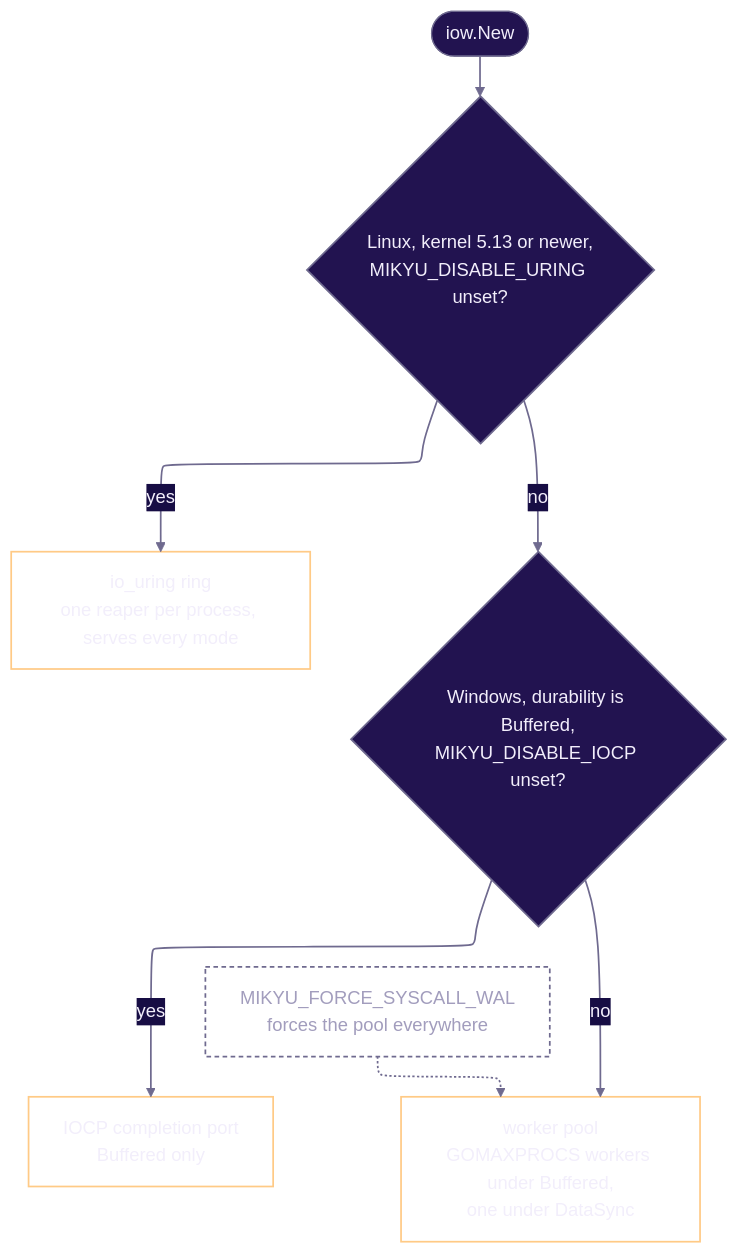
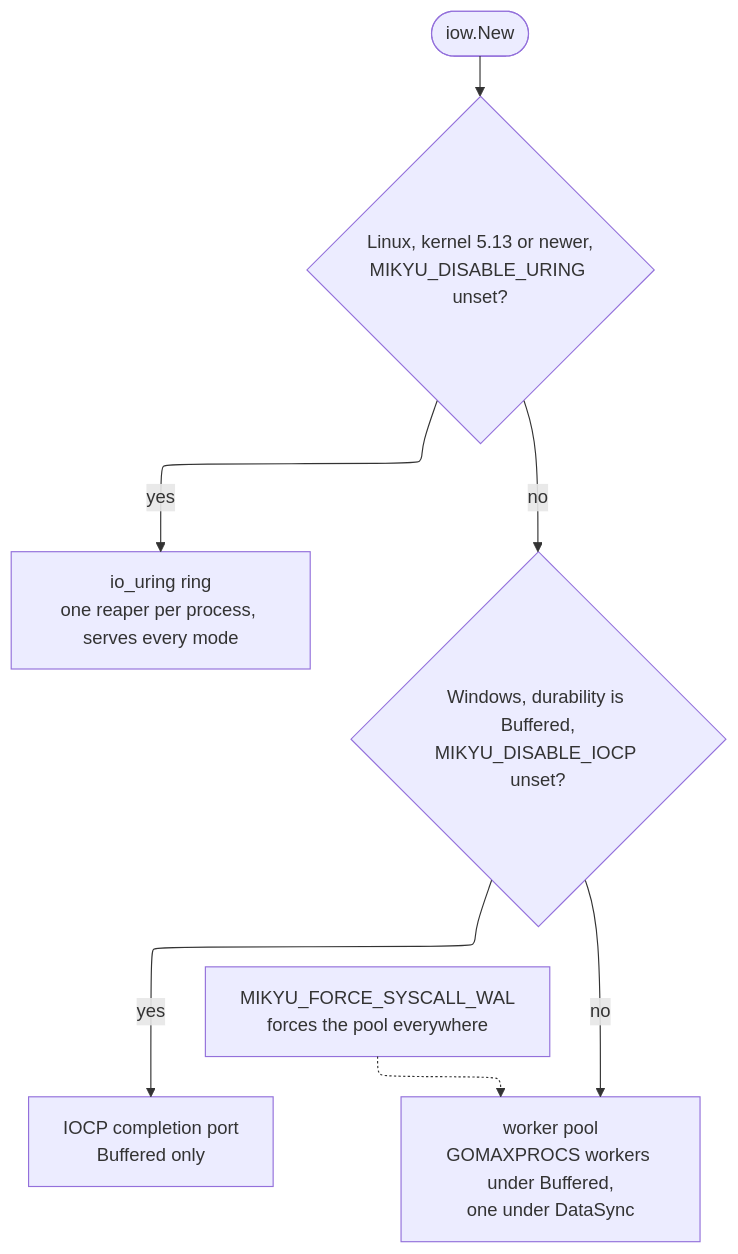
Diagram 11 of 15 in ARCHITECTURE.md (dmunish/mikyu), drawn with Mermaid before and after one commit. The commit also changed other lines of this file, not shown here.

Commit message:
[docs] ARCHITECTURE: remove theming

````diff
--- a/ARCHITECTURE.md
+++ b/ARCHITECTURE.md
@@ -626,35 +479,16 @@
 ```mermaid
 ---
 config:
   layout: elk
-  theme: base
   themeVariables:
-    background: "#170d44"
-    primaryColor: "#221350"
-    primaryBorderColor: "#6f6a8f"
-    primaryTextColor: "#f2eefb"
-    lineColor: "#6f6a8f"
-    textColor: "#a29dbd"
-    clusterBkg: "#170d44"
-    clusterBorder: "#3b2a5e"
-    edgeLabelBackground: "#170d44"
-    titleColor: "#f2eefb"
     fontFamily: "IBM Plex Mono, monospace"
 ---
 flowchart TD
     START(["iow.New"]) --> Q1{"Linux, kernel 5.13 or newer,<br/>MIKYU_DISABLE_URING unset?"}
     Q1 -->|yes| RING["io_uring ring<br/>one reaper per process, serves every mode"]
     Q1 -->|no| Q2{"Windows, durability is Buffered,<br/>MIKYU_DISABLE_IOCP unset?"}
     Q2 -->|yes| IOCP["IOCP completion port<br/>Buffered only"]
     Q2 -->|no| POOL["worker pool<br/>GOMAXPROCS workers under Buffered,<br/>one under DataSync"]
 
     FORCE["MIKYU_FORCE_SYSCALL_WAL<br/>forces the pool everywhere"] -.-> POOL
-
-    classDef dec fill:#221350,stroke:#6f6a8f,color:#f2eefb,stroke-width:1.5px
-    classDef pick fill:transparent,stroke:#ffca86,color:#f2eefb,stroke-width:1.5px
-    classDef env fill:transparent,stroke:#6f6a8f,color:#a29dbd,stroke-width:1.5px,stroke-dasharray:4 3
-    class Q1,Q2 dec
-    class RING,IOCP,POOL pick
-    class FORCE env
-    linkStyle default stroke:#6f6a8f,stroke-width:1.5px
 ```
````
